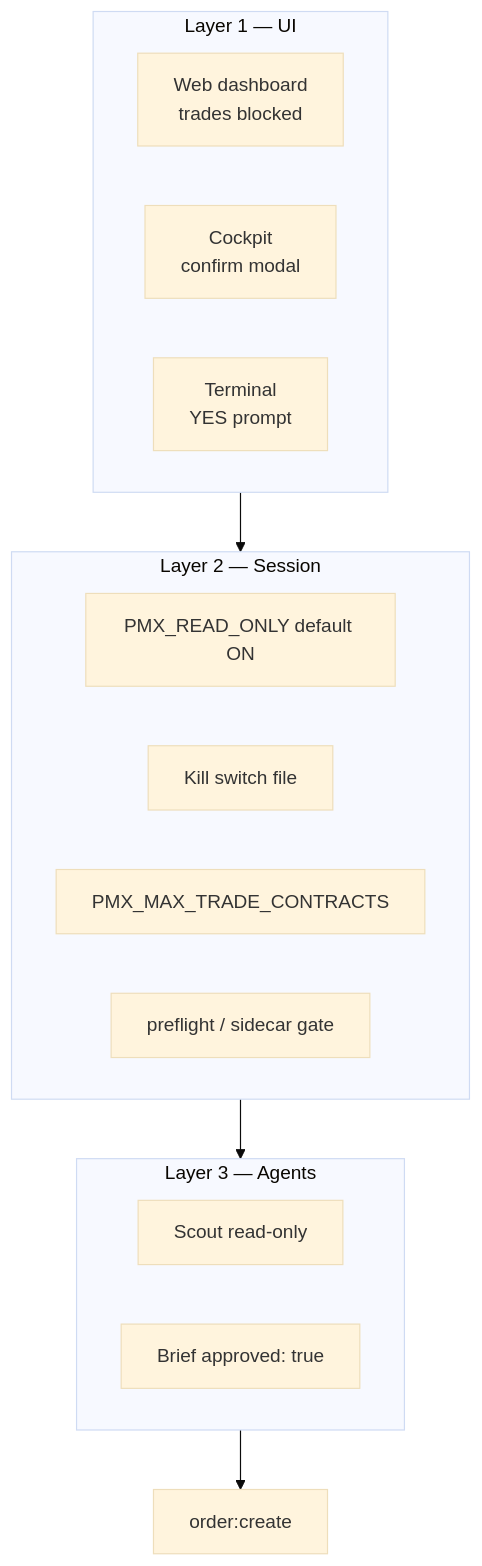
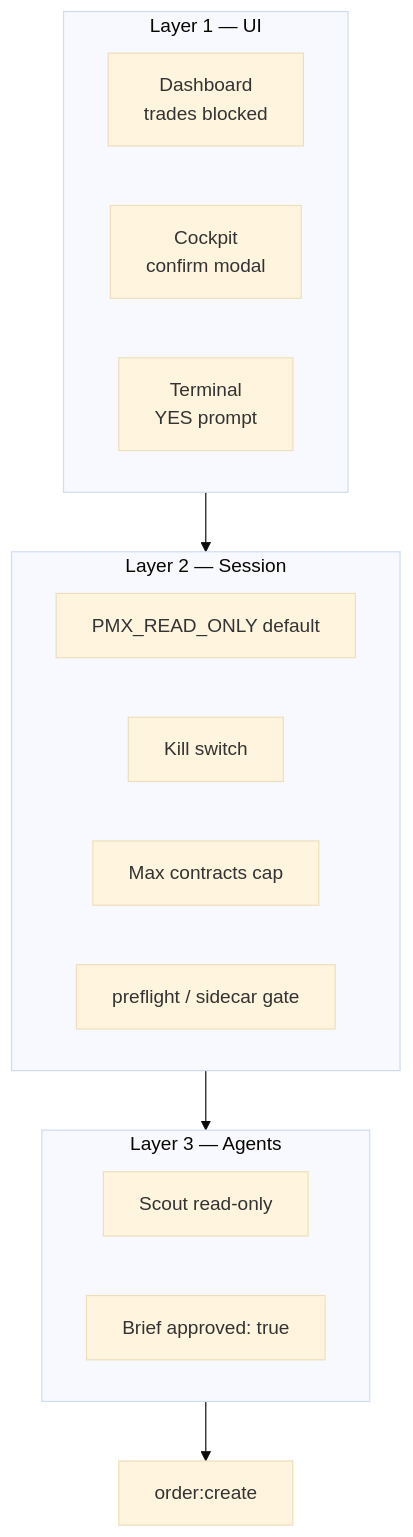
One commit to AbsCodeX/pmxtrader changed the third of 3 diagrams in docs/README.md. Above: the diagram before and after it, drawn with Mermaid (base theme). The commit also changed other lines of this file and 6 other files, not shown here.

````diff
--- a/docs/README.md
+++ b/docs/README.md
@@ -110,20 +174,19 @@
-```mermaid
-flowchart TB
-  subgraph UI["Layer 1 — UI"]
-    D[Web dashboard<br/>trades blocked]
-    C[Cockpit<br/>confirm modal]
-    T[Terminal<br/>YES prompt]
-  end
-  subgraph Env["Layer 2 — Session"]
-    R[PMX_READ_ONLY default ON]
-    K[Kill switch file]
-    M[PMX_MAX_TRADE_CONTRACTS]
-    P[preflight / sidecar gate]
-  end
-  subgraph Agent["Layer 3 — Agents"]
-    S[Scout read-only]
-    B[Brief approved: true]
-  end
-  UI --> Env --> Agent
-  Agent --> Order[order:create]
-```
+    ```mermaid
+    flowchart TB
+      subgraph UI["Layer 1 — UI"]
+        D[Dashboard<br/>trades blocked]
+        C[Cockpit<br/>confirm modal]
+        T[Terminal<br/>YES prompt]
+      end
+      subgraph Env["Layer 2 — Session"]
+        R[PMX_READ_ONLY default]
+        K[Kill switch]
+        M[Max contracts cap]
+        P[preflight / sidecar gate]
+      end
+      subgraph Agent["Layer 3 — Agents"]
+        S[Scout read-only]
+        B[Brief approved: true]
+      end
+      UI --> Env --> Agent --> Order[order:create]
+    ```
````
